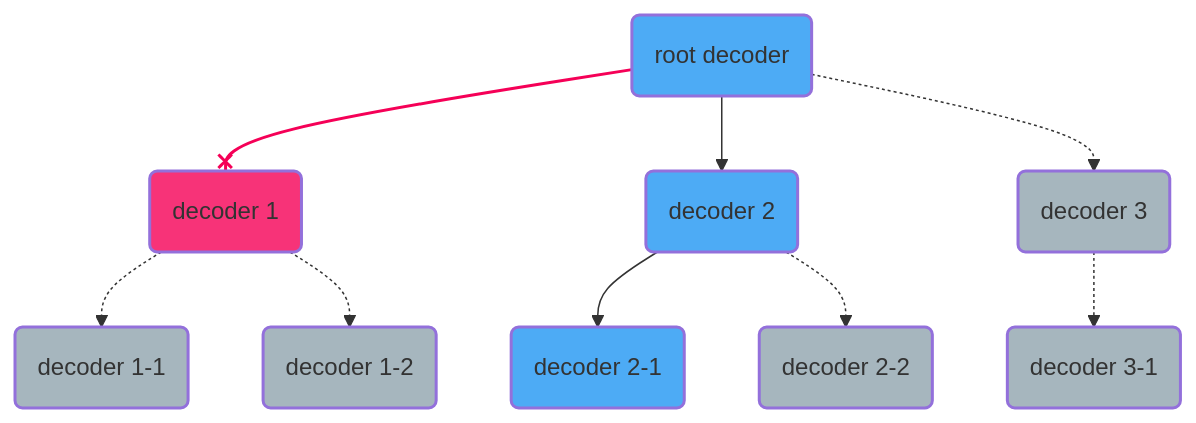
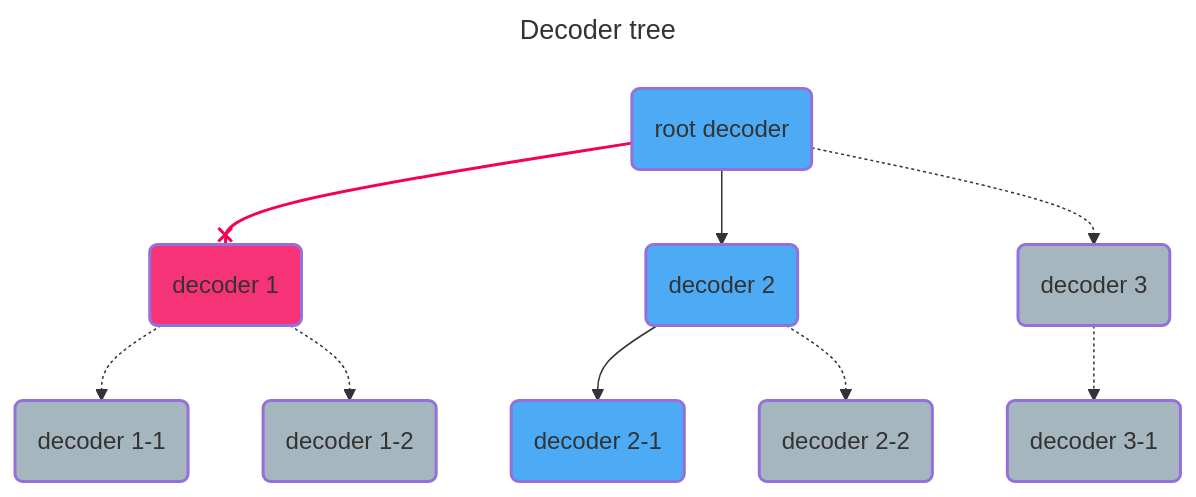
Before and after one commit to wazuh/wazuh: the third of 11 diagrams in README.md, drawn with Mermaid. The commit also changed other lines of this file, not shown here.

Commit message:
Stages and schemas graph added to doc

````diff
--- a/README.md
+++ b/README.md
@@ -283,32 +283,35 @@
 ```mermaid
+---
+title: Decoder tree
+---
 flowchart TD
 
 %% Style
 classDef AssetSuccessClass fill:#2196f3,stroke-width:2px,fill-opacity:0.8
 classDef AssetFailClass fill:#f50057,stroke-width:2px,fill-opacity:0.8
 classDef AssetNotExecutedClass fill:#90a4ae,stroke-width:2px,fill-opacity:0.8
 
 
 %% First Level
 decoderR("root decoder"):::AssetSuccessClass
 decoderR --x decoder1
 decoderR --> decoder2 --> decoder21
 decoderR -.-> decoder3 -.-> decoder31
 
 decoder1("decoder 1"):::AssetFailClass
 decoder2("decoder 2"):::AssetSuccessClass
 
 decoder1 -.-> decoder11 & decoder12
 decoder2 -.-> decoder22
 
 decoder11("decoder 1-1"):::AssetNotExecutedClass
 decoder12("decoder 1-2"):::AssetNotExecutedClass
 decoder21("decoder 2-1"):::AssetSuccessClass
 decoder22("decoder 2-2"):::AssetNotExecutedClass
 decoder3("decoder 3"):::AssetNotExecutedClass
 decoder31("decoder 3-1"):::AssetNotExecutedClass
 linkStyle 0 stroke:#f50057,stroke-width:2px
 
 
 
 ```
````
